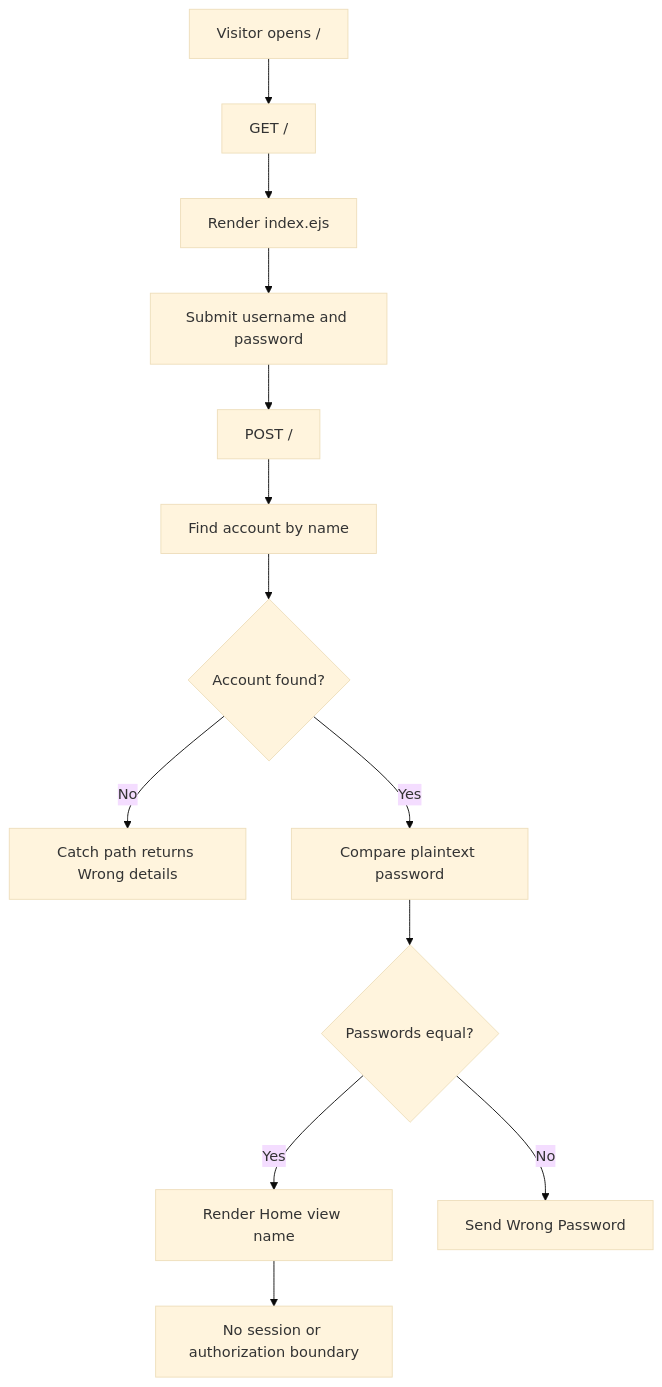
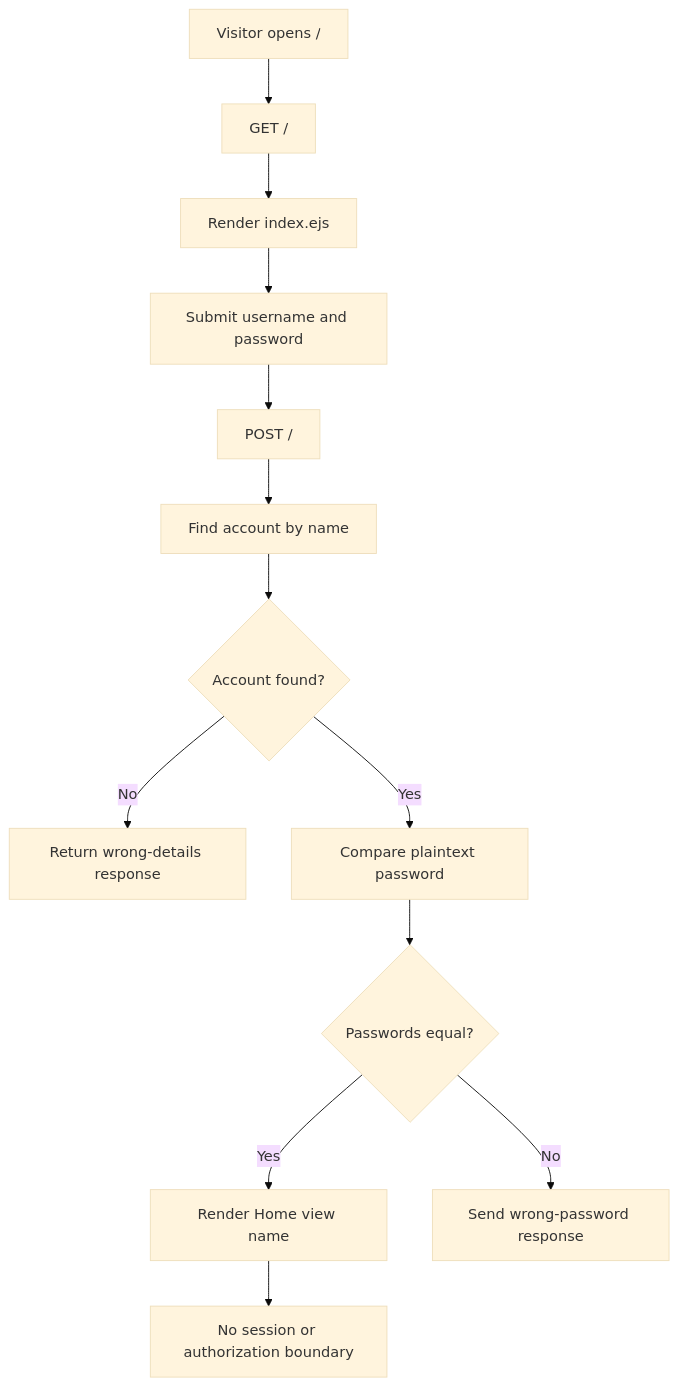
Before and after one commit to Brajesh31/Atlas: the third of 4 diagrams in README.md, drawn with Mermaid (base theme). The commit also changed other lines of this file, not shown here.

Commit message:
docs: fix Mermaid architecture diagram rendering

````diff
--- a/README.md
+++ b/README.md
@@ -182,15 +186,15 @@
 ```mermaid
 flowchart TD
-    A[Visitor opens /] --> B[GET /]
-    B --> C[Render index.ejs]
-    C --> D[Submit username and password]
-    D --> E[POST /]
-    E --> F[Find account by name]
-    F --> G{Account found?}
-    G -->|No| H[Catch path returns Wrong details]
-    G -->|Yes| I[Compare plaintext password]
-    I --> J{Passwords equal?}
-    J -->|Yes| K[Render Home view name]
-    J -->|No| L[Send Wrong Password]
-    K --> M[No session or authorization boundary]
+    A["Visitor opens /"] --> B["GET /"]
+    B --> C["Render index.ejs"]
+    C --> D["Submit username and password"]
+    D --> E["POST /"]
+    E --> F["Find account by name"]
+    F --> G{"Account found?"}
+    G -->|"No"| H["Return wrong-details response"]
+    G -->|"Yes"| I["Compare plaintext password"]
+    I --> J{"Passwords equal?"}
+    J -->|"Yes"| K["Render Home view name"]
+    J -->|"No"| L["Send wrong-password response"]
+    K --> M["No session or authorization boundary"]
 ```
````
